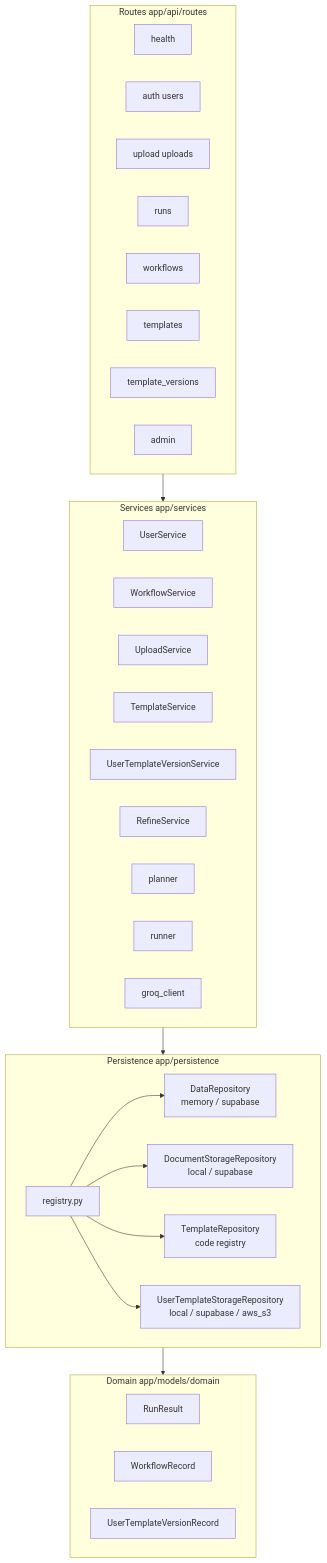
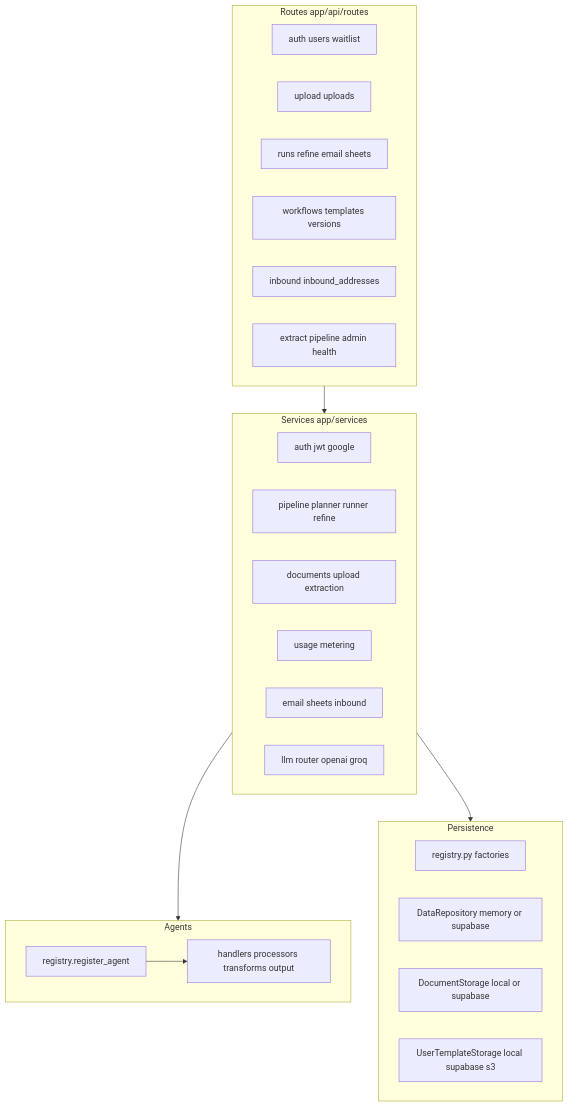
One commit to DeadPixel27/agentflow changed the third of 7 diagrams in ARCHITECTURE.md. Above: the diagram before and after it, drawn with Mermaid. The commit also changed other lines of this file, not shown here.

First line of the commit message:
Expand ARCHITECTURE.md into an interview-ready system study guide.

````diff
--- a/ARCHITECTURE.md
+++ b/ARCHITECTURE.md
@@ -50,47 +190,37 @@
 ```mermaid
 flowchart TB
   subgraph routes [Routes app/api/routes]
-    health["health"]
-    auth["auth users"]
-    upload["upload uploads"]
-    runs["runs"]
-    workflows["workflows"]
-    templates["templates"]
-    templateVersions["template_versions"]
-    admin["admin"]
+    R1["auth users waitlist"]
+    R2["upload uploads"]
+    R3["runs refine email sheets"]
+    R4["workflows templates versions"]
+    R5["inbound inbound_addresses"]
+    R6["extract pipeline admin health"]
   end
 
   subgraph services [Services app/services]
-    UserSvc["UserService"]
-    WorkflowSvc["WorkflowService"]
-    UploadSvc["UploadService"]
-    TemplateSvc["TemplateService"]
-    VersionSvc["UserTemplateVersionService"]
-    RefineSvc["RefineService"]
-    Planner["planner"]
-    Runner["runner"]
-    GroqClient["groq_client"]
+    S1["auth jwt google"]
+    S2["pipeline planner runner refine"]
+    S3["documents upload extraction"]
+    S4["usage metering"]
+    S5["email sheets inbound"]
+    S6["llm router openai groq"]
   end
 
-  subgraph persistence [Persistence app/persistence]
-    Registry["registry.py"]
-    DataRepo["DataRepository\nmemory / supabase"]
-    DocRepo["DocumentStorageRepository\nlocal / supabase"]
-    TplRepo["TemplateRepository\ncode registry"]
-    UserTplRepo["UserTemplateStorageRepository\nlocal / supabase / aws_s3"]
+  subgraph agents [Agents]
+    Reg["registry.register_agent"]
+    H["handlers processors transforms output"]
   end
 
-  subgraph domain [Domain app/models/domain]
-    Run["RunResult"]
-    Workflow["WorkflowRecord"]
-    UserTplVer["UserTemplateVersionRecord"]
+  subgraph persistence [Persistence]
+    Fac["registry.py factories"]
+    DR["DataRepository memory or supabase"]
+    DS["DocumentStorage local or supabase"]
+    UT["UserTemplateStorage local supabase s3"]
   end
 
   routes --> services
+  services --> agents
   services --> persistence
-  persistence --> domain
-  Registry --> DataRepo
-  Registry --> DocRepo
-  Registry --> TplRepo
-  Registry --> UserTplRepo
+  Reg --> H
 ```
````
